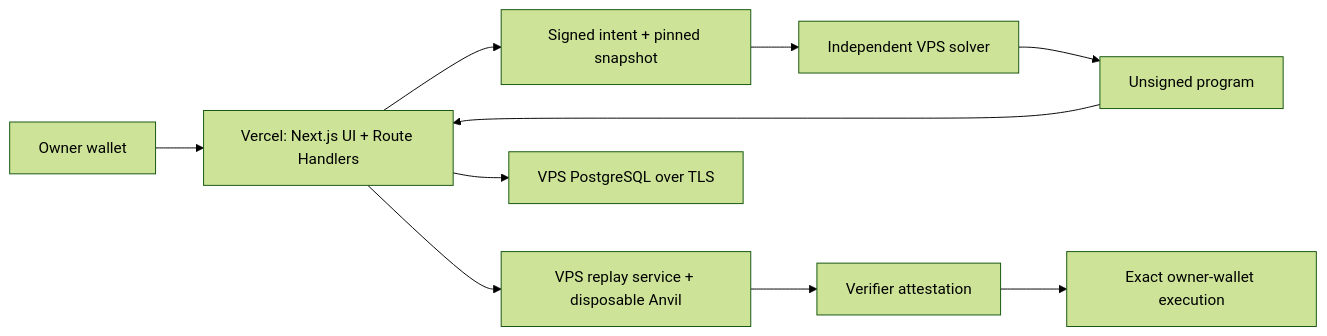
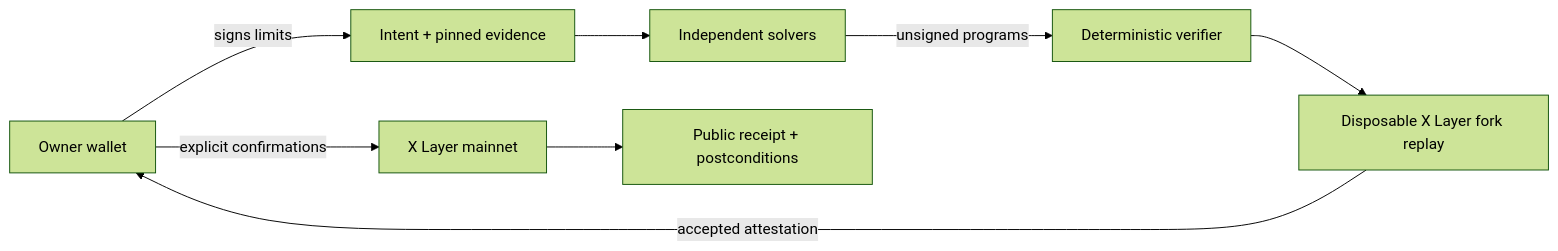
One commit to SebastianBoehler/cobia changed the diagram in README.md. Above: the diagram before and after it, drawn with Mermaid (forest theme). The commit also changed other lines of this file and 6 other files, not shown here.

````diff
--- a/README.md
+++ b/README.md
@@ -65,12 +65,10 @@
 ```mermaid
 flowchart LR
-    W["Owner wallet"] --> V["Vercel: Next.js UI + Route Handlers"]
-    V --> I["Signed intent + pinned snapshot"]
-    I --> S["Independent VPS solver"]
-    S --> P["Unsigned program"]
-    P --> V
-    V --> F["VPS replay service + disposable Anvil"]
-    F --> T["Verifier attestation"]
-    T --> E["Exact owner-wallet execution"]
-    V --> D["VPS PostgreSQL over TLS"]
+    W["Owner wallet"] -->|signs limits| I["Intent + pinned evidence"]
+    I --> S["Independent solvers"]
+    S -->|unsigned programs| V["Deterministic verifier"]
+    V --> R["Disposable X Layer fork replay"]
+    R -->|accepted attestation| W
+    W -->|explicit confirmations| X["X Layer mainnet"]
+    X --> P["Public receipt + postconditions"]
 ```
````
